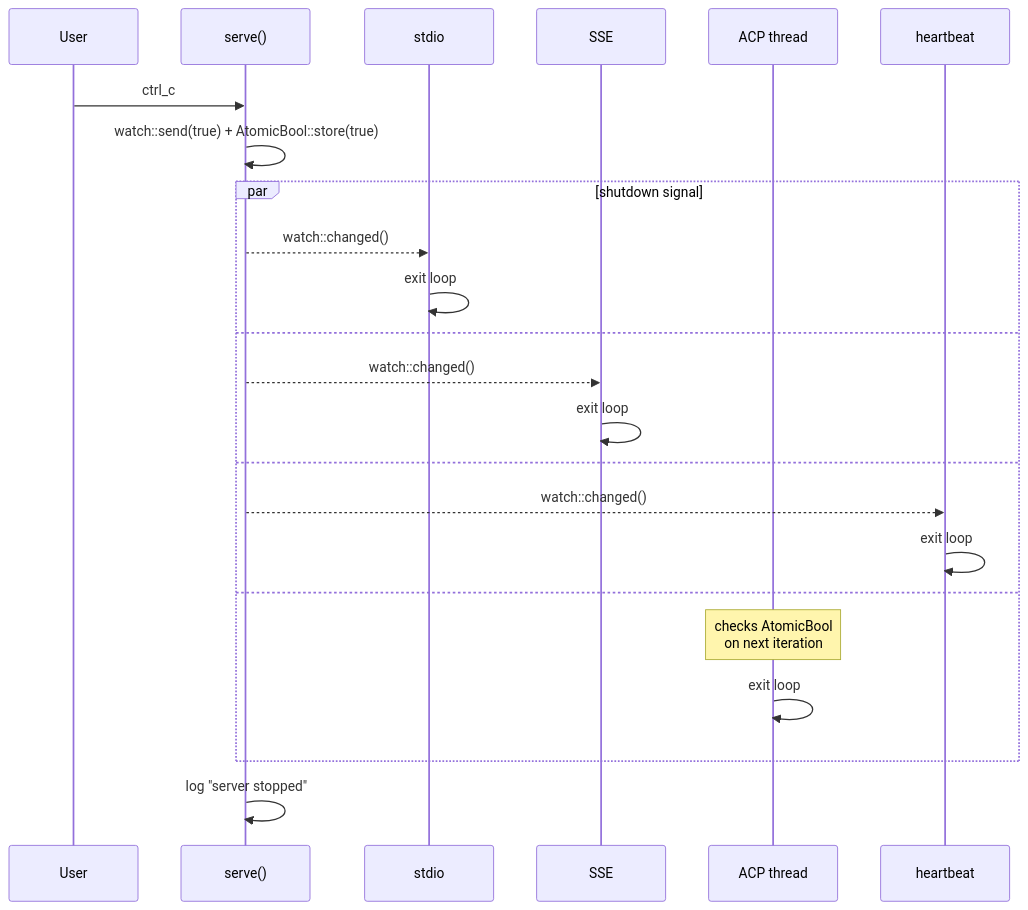
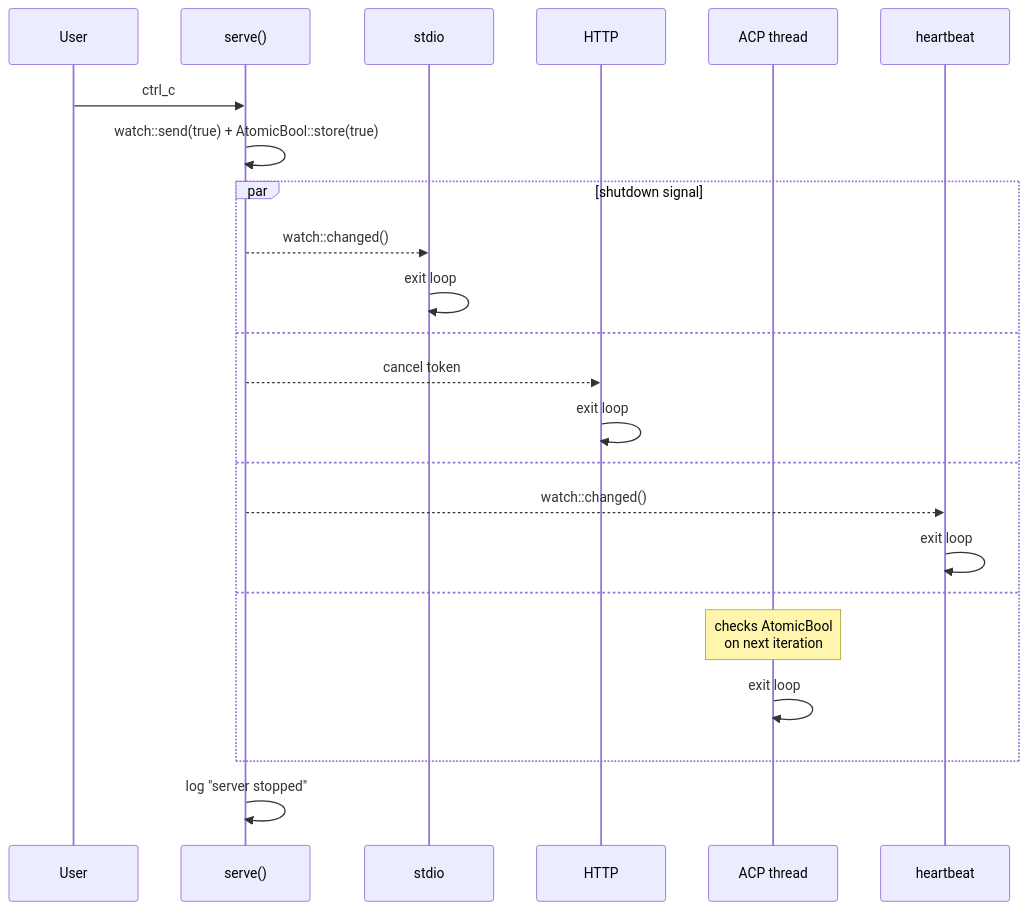
Before and after one commit to geronimo-iia/llm-wiki: the ninth of 10 diagrams in docs/diagrams.md, drawn with Mermaid. The commit also changed 24 other files, not shown here.

````diff
--- a/docs/diagrams.md
+++ b/docs/diagrams.md
@@ -252,28 +252,28 @@
 ```mermaid
 sequenceDiagram
     participant User
     participant Main as serve()
     participant Stdio as stdio
-    participant SSE as SSE
+    participant HTTP as HTTP
     participant ACP as ACP thread
     participant HB as heartbeat
 
     User->>Main: ctrl_c
     Main->>Main: watch::send(true) + AtomicBool::store(true)
 
     par shutdown signal
         Main-->>Stdio: watch::changed()
         Stdio->>Stdio: exit loop
     and
-        Main-->>SSE: watch::changed()
-        SSE->>SSE: exit loop
+        Main-->>HTTP: cancel token
+        HTTP->>HTTP: exit loop
     and
         Main-->>HB: watch::changed()
         HB->>HB: exit loop
     and
         Note over ACP: checks AtomicBool<br/>on next iteration
         ACP->>ACP: exit loop
     end
 
     Main->>Main: log "server stopped"
 ```
````
